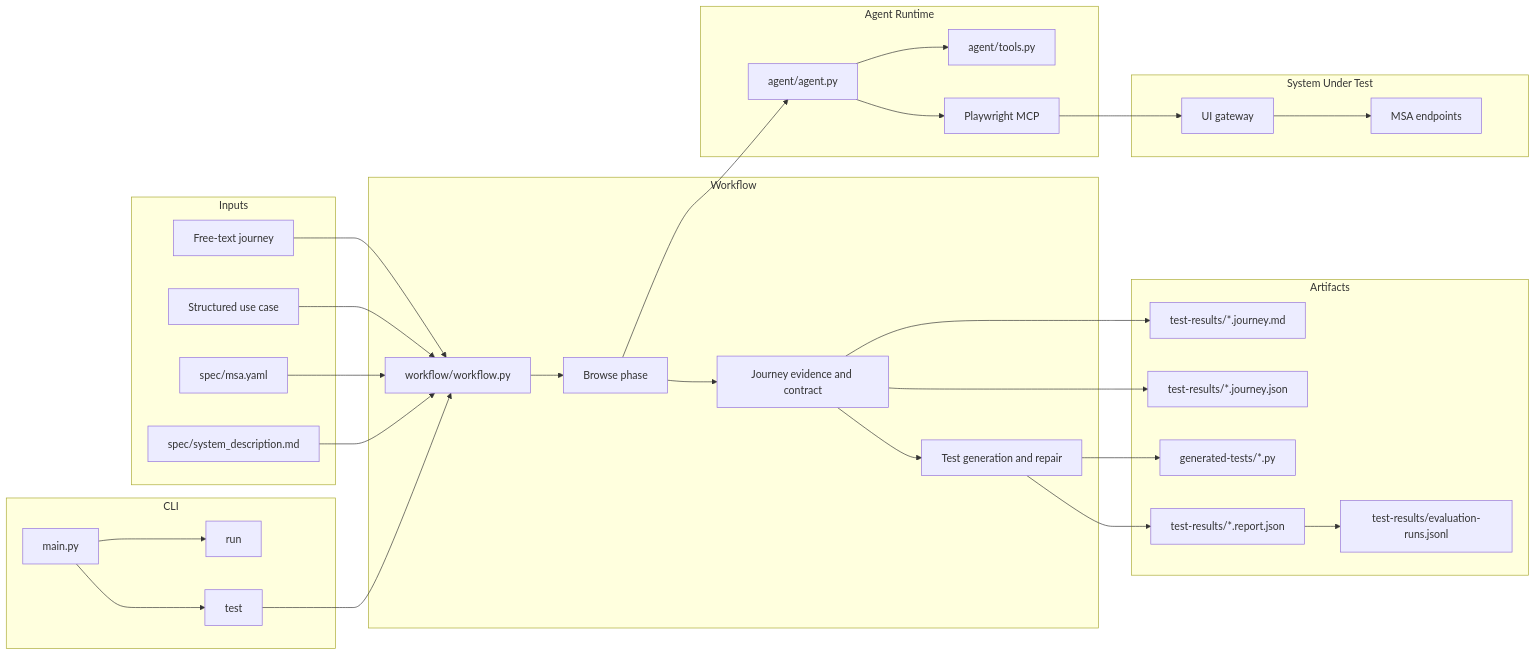
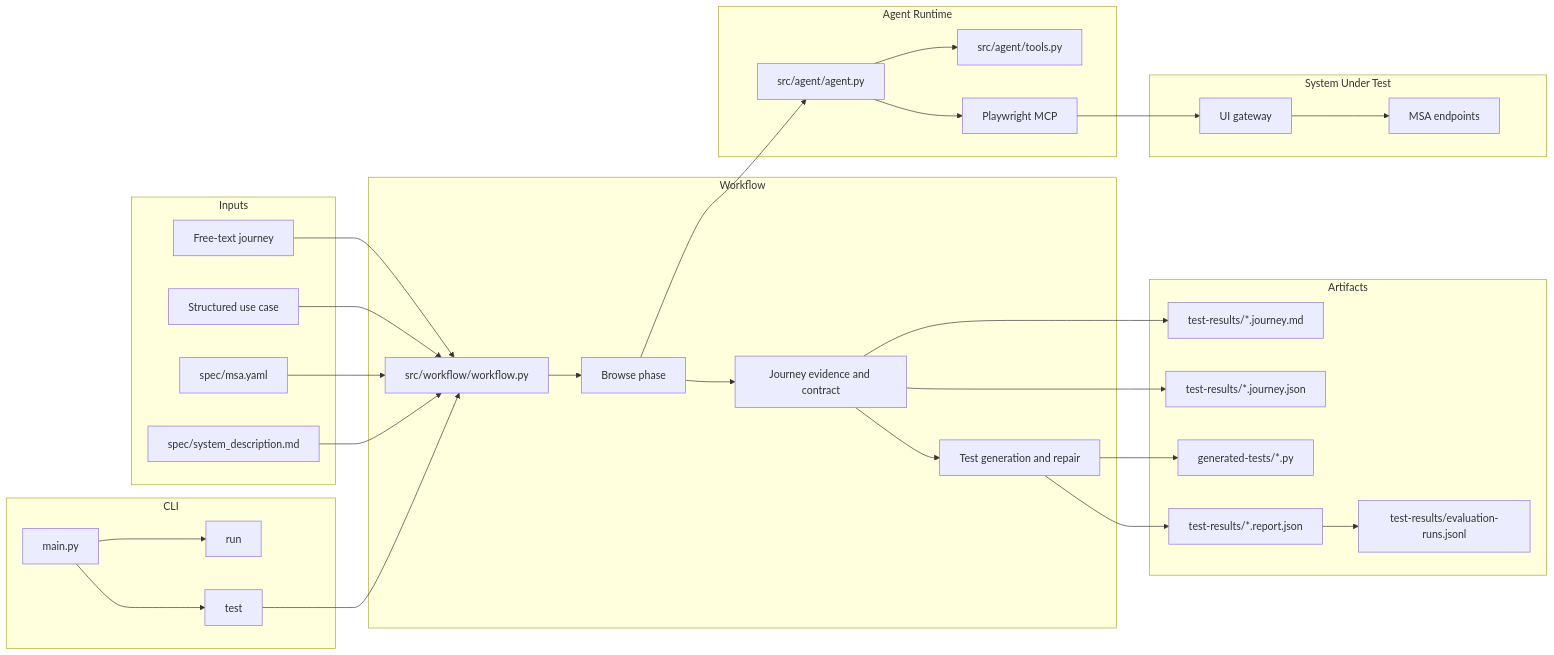
One commit to elenaovv/microservice-testing-agent changed the diagram in docs/current_code_flow.md. Above: the diagram before and after it, drawn with Mermaid. The commit also changed other lines of this file and 96 other files, not shown here.

````diff
--- a/docs/current_code_flow.md
+++ b/docs/current_code_flow.md
@@ -5,62 +6,62 @@
 ```mermaid
 flowchart LR
     subgraph CLI ["CLI"]
         MAIN["main.py"]
         RUN["run"]
         TEST["test"]
     end
 
     subgraph INPUTS ["Inputs"]
         JOURNEY["Free-text journey"]
         USECASE["Structured use case"]
         SPEC["spec/msa.yaml"]
         SYSTEM["spec/system_description.md"]
     end
 
     subgraph WORKFLOW ["Workflow"]
-        WF["workflow/workflow.py"]
+        WF["src/workflow/workflow.py"]
         BROWSE["Browse phase"]
         CONTRACT["Journey evidence and contract"]
         GENERATE["Test generation and repair"]
     end
 
     subgraph AGENT ["Agent Runtime"]
-        AGENT_CORE["agent/agent.py"]
-        TOOLS["agent/tools.py"]
+        AGENT_CORE["src/agent/agent.py"]
+        TOOLS["src/agent/tools.py"]
         MCP["Playwright MCP"]
     end
 
     subgraph OUTPUTS ["Artifacts"]
         TEST_FILE["generated-tests/*.py"]
         JOURNEY_MD["test-results/*.journey.md"]
         JOURNEY_JSON["test-results/*.journey.json"]
         REPORT["test-results/*.report.json"]
         HISTORY["test-results/evaluation-runs.jsonl"]
     end
 
     subgraph SUT ["System Under Test"]
         UI["UI gateway"]
         API["MSA endpoints"]
     end
 
     MAIN --> RUN
     MAIN --> TEST
     JOURNEY --> WF
     USECASE --> WF
     SPEC --> WF
     SYSTEM --> WF
     TEST --> WF
     WF --> BROWSE
     BROWSE --> AGENT_CORE
     AGENT_CORE --> TOOLS
     AGENT_CORE --> MCP
     MCP --> UI
     UI --> API
     BROWSE --> CONTRACT
     CONTRACT --> JOURNEY_MD
     CONTRACT --> JOURNEY_JSON
     CONTRACT --> GENERATE
     GENERATE --> TEST_FILE
     GENERATE --> REPORT
     REPORT --> HISTORY
 ```
````
